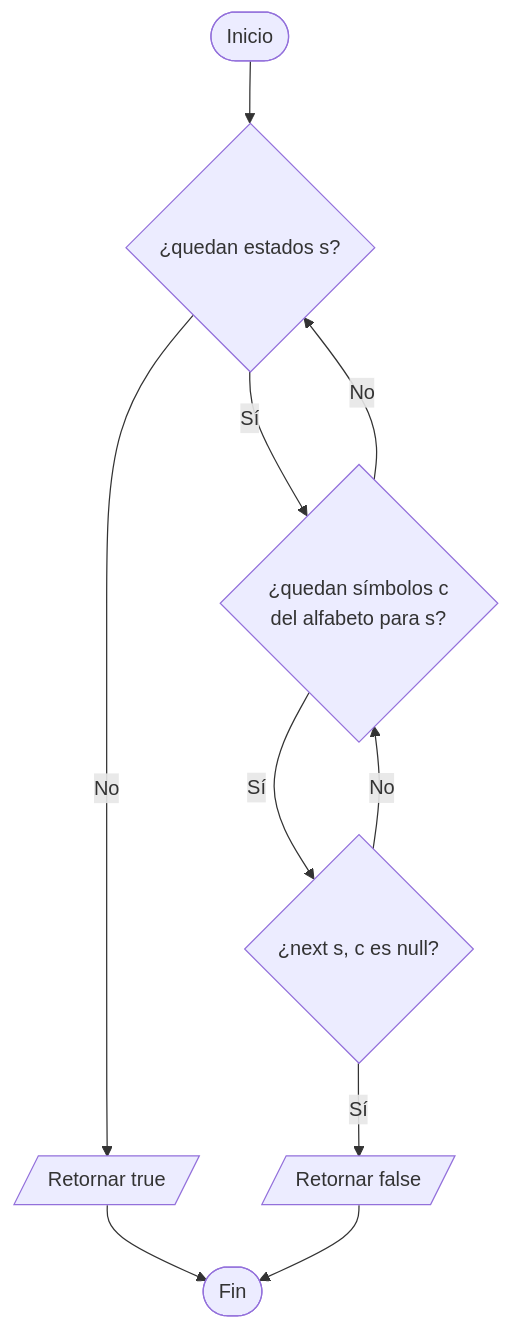
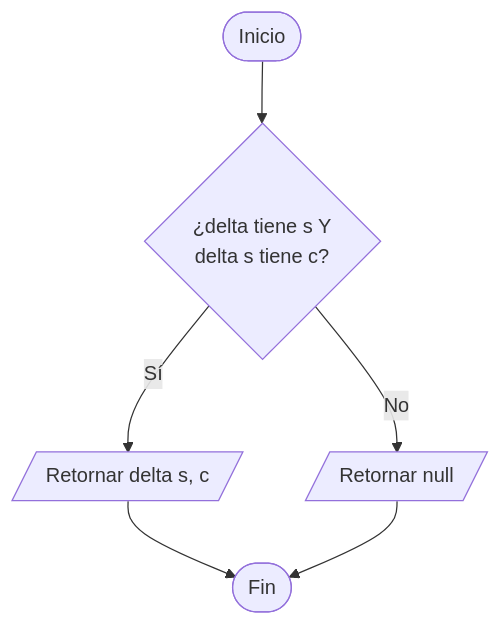
The eighth of 9 diagrams in docs/diagramas/07-modelo-automatas.md (Leosanlo30/RegEx-to-DFA-Visualizer), drawn with Mermaid before and after one commit. The commit also changed other lines of this file and 10 other files, not shown here.

Commit message:
docs: alinear diagramas de flujo con UML.md y REQUIREMENTS.md

````diff
--- a/docs/diagramas/07-modelo-automatas.md
+++ b/docs/diagramas/07-modelo-automatas.md
@@ -184,12 +117,8 @@
 ```mermaid
 flowchart TD
-    A([Inicio]) --> B{¿quedan estados s?}
-    B -- No --> T[/Retornar true/]
-    B -- Sí --> C{¿quedan símbolos c<br/>del alfabeto para s?}
-    C -- No --> B
-    C -- Sí --> D{¿next s, c es null?}
-    D -- Sí --> F[/Retornar false/]
-    D -- No --> C
-    T --> Z([Fin])
-    F --> Z
+    A([Inicio]) --> B{¿delta tiene s Y<br/>delta s tiene c?}
+    B -- Sí --> C[/Retornar delta s, c/]
+    B -- No --> D[/Retornar null/]
+    C --> Z([Fin])
+    D --> Z
 ```
````
